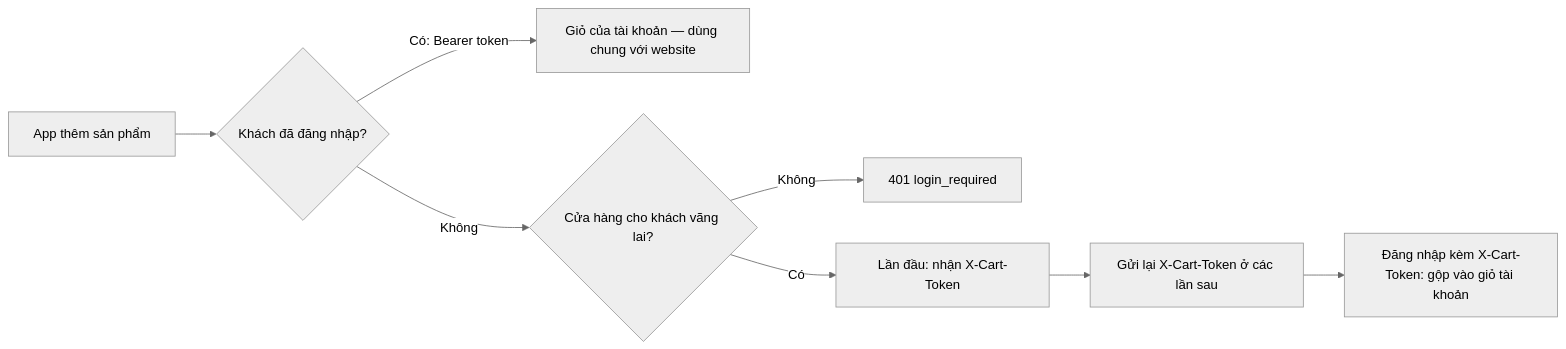
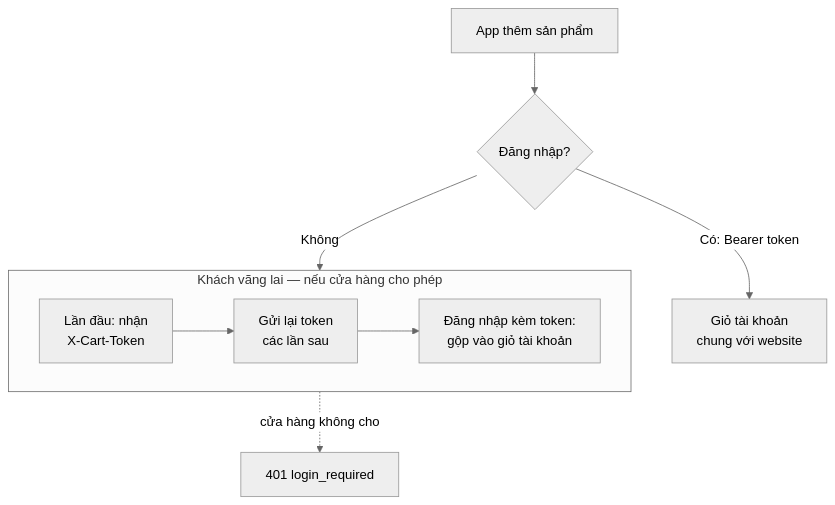
The second of 5 diagrams in api/api-storefront_vi.md (gp247net/gp247-docs), drawn with Mermaid (neutral theme) before and after one commit. The commit also changed other lines of this file and 44 other files, not shown here.

First line of the commit message:
docs: redraw oversized diagrams in security, API and MCP docs (vi/en/ja)

````diff
--- a/api/api-storefront_vi.md
+++ b/api/api-storefront_vi.md
@@ -169,10 +158,11 @@
 ```mermaid
-flowchart LR
-  A[App thêm sản phẩm] --> B{Khách đã đăng nhập?}
-  B -- Có: Bearer token --> C[Giỏ của tài khoản — dùng chung với website]
-  B -- Không --> D{Cửa hàng cho khách vãng lai?}
-  D -- Không --> E[401 login_required]
-  D -- Có --> F[Lần đầu: nhận X-Cart-Token]
-  F --> G[Gửi lại X-Cart-Token ở các lần sau]
-  G --> H[Đăng nhập kèm X-Cart-Token: gộp vào giỏ tài khoản]
+flowchart TB
+  A[App thêm sản phẩm] --> B{Đăng nhập?}
+  B -- Có: Bearer token --> C[Giỏ tài khoản<br/>chung với website]
+  B -- Không --> V
+  subgraph V[Khách vãng lai — nếu cửa hàng cho phép]
+    direction LR
+    F[Lần đầu: nhận<br/>X-Cart-Token] --> G[Gửi lại token<br/>các lần sau] --> H[Đăng nhập kèm token:<br/>gộp vào giỏ tài khoản]
+  end
+  V -. "cửa hàng không cho" .-> E[401 login_required]
 ```
````
